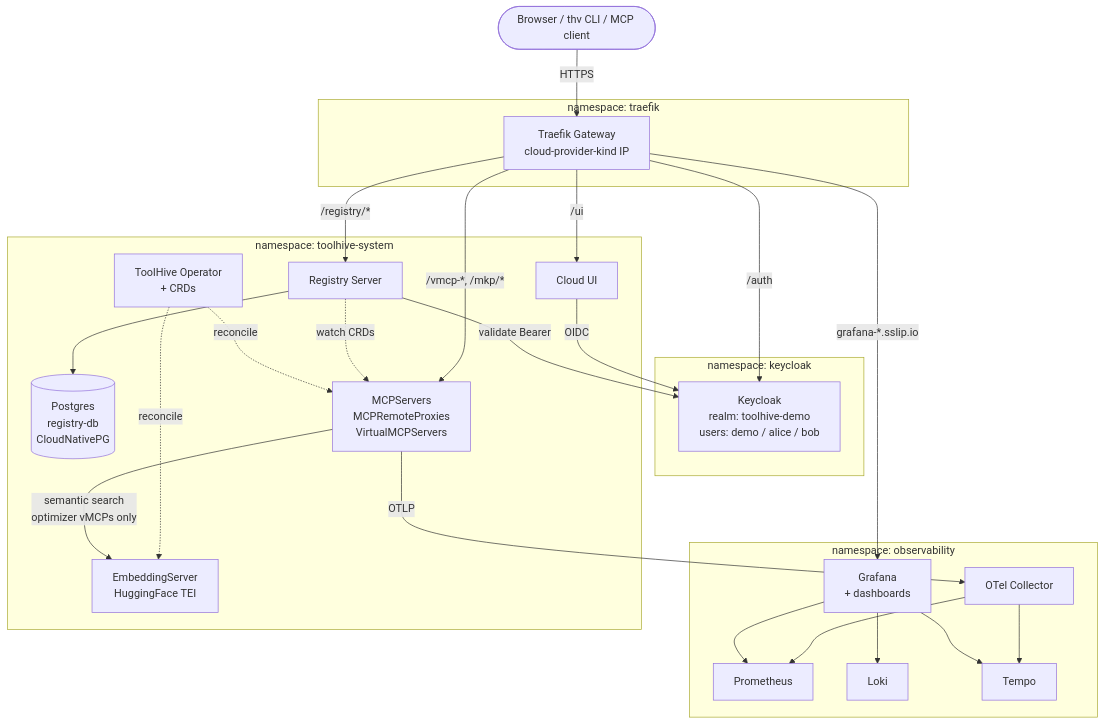
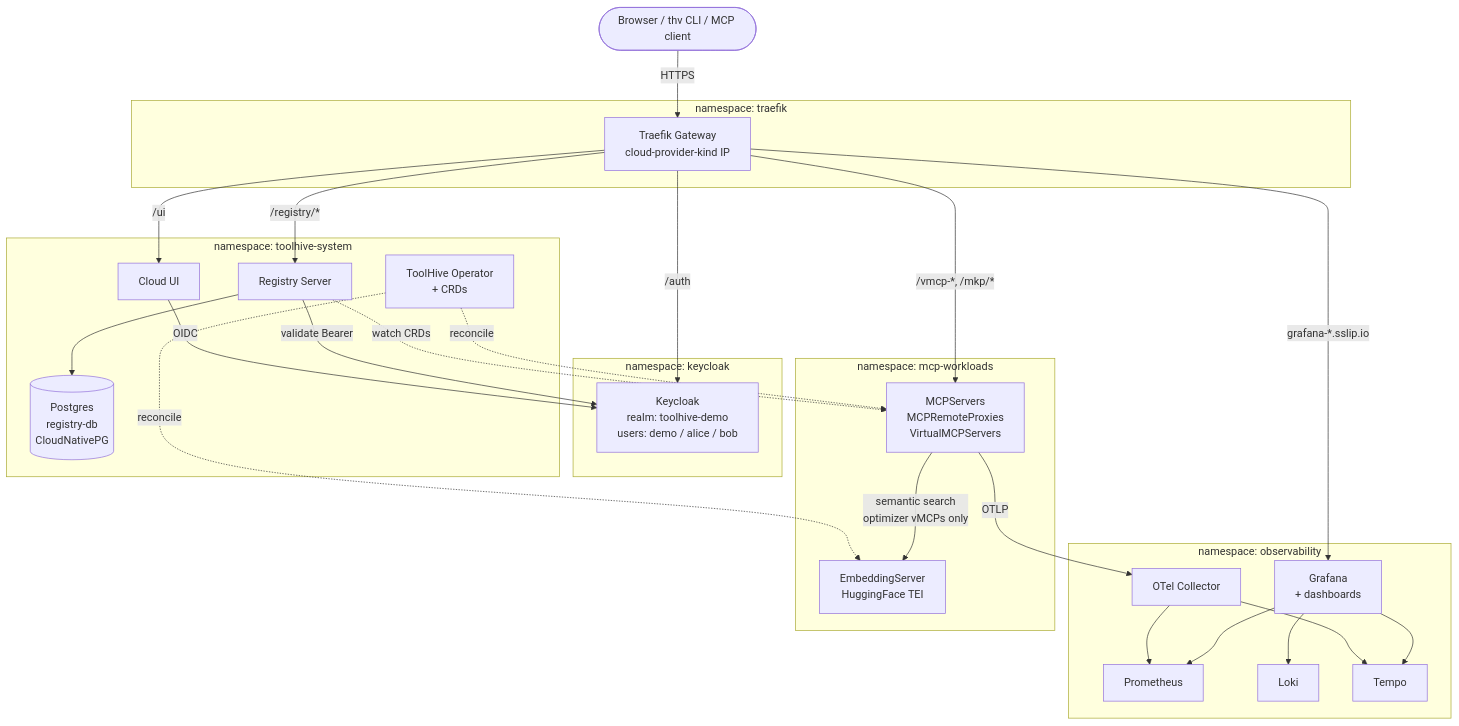
Before and after one commit to StacklokLabs/toolhive-demo-sandbox: the first of 4 diagrams in ARCHITECTURE.md, drawn with Mermaid. The commit also changed other lines of this file and 7 other files, not shown here.

First line of the commit message:
Fix mcp-workloads namespace drift + bootstrap/dev-reload robustness (#172)

````diff
--- a/ARCHITECTURE.md
+++ b/ARCHITECTURE.md
@@ -18,50 +18,53 @@
 ```mermaid
 graph TB
   Browser([Browser / thv CLI / MCP client])
 
   subgraph traefik[namespace: traefik]
     Gateway[Traefik Gateway<br/>cloud-provider-kind IP]
   end
 
   subgraph keycloak[namespace: keycloak]
     KC[Keycloak<br/>realm: toolhive-demo<br/>users: demo / alice / bob]
   end
 
   subgraph observability[namespace: observability]
     Otel[OTel Collector]
     Prom[Prometheus]
     Loki[Loki]
     Tempo[Tempo]
     Graf[Grafana<br/>+ dashboards]
   end
 
   subgraph toolhive[namespace: toolhive-system]
     Op[ToolHive Operator<br/>+ CRDs]
     Reg[Registry Server]
     UI[Cloud UI]
     PG[(Postgres<br/>registry-db<br/>CloudNativePG)]
+  end
+
+  subgraph mcpworkloads[namespace: mcp-workloads]
     Emb[EmbeddingServer<br/>HuggingFace TEI]
     Workloads[MCPServers<br/>MCPRemoteProxies<br/>VirtualMCPServers]
   end
 
   Browser -->|HTTPS| Gateway
   Gateway -->|/ui| UI
   Gateway -->|/registry/*| Reg
   Gateway -->|/vmcp-*, /mkp/*| Workloads
   Gateway -->|/auth| KC
   Gateway -->|grafana-*.sslip.io| Graf
 
   UI -->|OIDC| KC
   Reg -->|validate Bearer| KC
   Reg --> PG
   Reg -.watch CRDs.-> Workloads
   Op -.reconcile.-> Workloads
   Op -.reconcile.-> Emb
   Workloads -->|semantic search<br/>optimizer vMCPs only| Emb
   Workloads -->|OTLP| Otel
   Otel --> Tempo
   Otel --> Prom
   Graf --> Prom
   Graf --> Loki
   Graf --> Tempo
 ```
````
